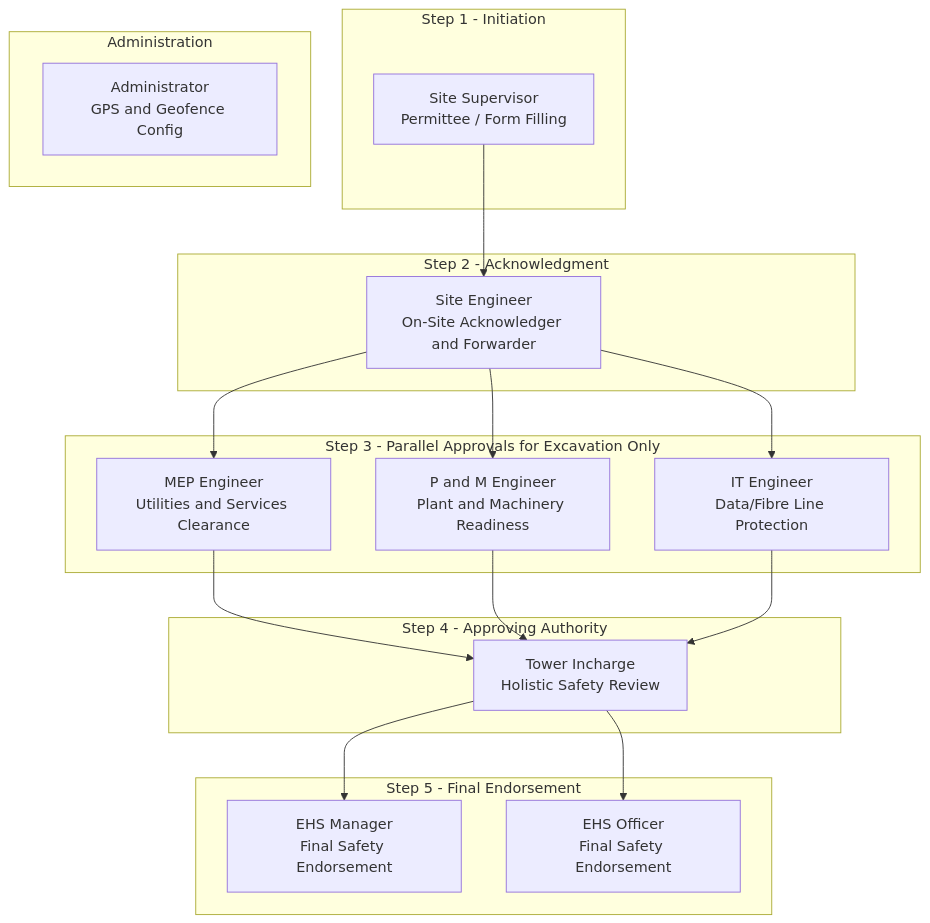
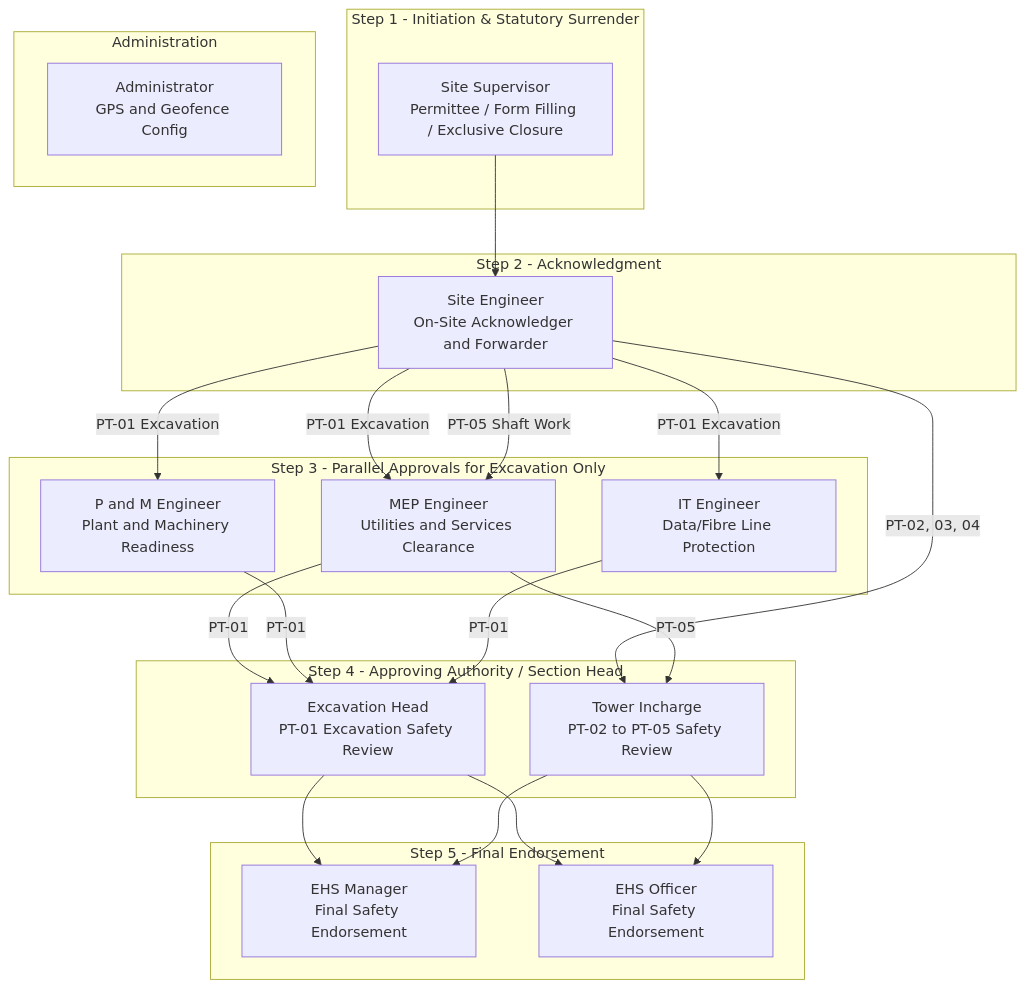
The third of 25 diagrams in README.md (AuroGroupAutomationBot/ARPL-EHS-Demo), drawn with Mermaid before and after one commit. The commit also changed other lines of this file, not shown here.

````diff
--- a/README.md
+++ b/README.md
@@ -223,34 +223,40 @@
 ```mermaid
 graph TB
-    subgraph "Step 1 - Initiation"
-        SS["Site Supervisor<br/>Permittee / Form Filling"]
+    subgraph "Step 1 - Initiation & Statutory Surrender"
+        SS["Site Supervisor<br/>Permittee / Form Filling / Exclusive Closure"]
     end
     subgraph "Step 2 - Acknowledgment"
         SiteEng["Site Engineer<br/>On-Site Acknowledger and Forwarder"]
     end
     subgraph "Step 3 - Parallel Approvals for Excavation Only"
         MEP["MEP Engineer<br/>Utilities and Services Clearance"]
         PM["P and M Engineer<br/>Plant and Machinery Readiness"]
         IT["IT Engineer<br/>Data/Fibre Line Protection"]
     end
-    subgraph "Step 4 - Approving Authority"
-        TI["Tower Incharge<br/>Holistic Safety Review"]
+    subgraph "Step 4 - Approving Authority / Section Head"
+        EH["Excavation Head<br/>PT-01 Excavation Safety Review"]
+        TI["Tower Incharge<br/>PT-02 to PT-05 Safety Review"]
     end
     subgraph "Step 5 - Final Endorsement"
         EM["EHS Manager<br/>Final Safety Endorsement"]
         EO["EHS Officer<br/>Final Safety Endorsement"]
     end
     subgraph "Administration"
         AD["Administrator<br/>GPS and Geofence Config"]
     end
 
     SS --> SiteEng
-    SiteEng --> MEP
-    SiteEng --> PM
-    SiteEng --> IT
-    MEP --> TI
-    PM --> TI
-    IT --> TI
+    SiteEng -->|PT-01 Excavation| MEP
+    SiteEng -->|PT-01 Excavation| PM
+    SiteEng -->|PT-01 Excavation| IT
+    SiteEng -->|PT-05 Shaft Work| MEP
+    SiteEng -->|PT-02, 03, 04| TI
+    MEP -->|PT-01| EH
+    PM -->|PT-01| EH
+    IT -->|PT-01| EH
+    MEP -->|PT-05| TI
+    EH --> EM
+    EH --> EO
     TI --> EM
     TI --> EO
 ```
````
